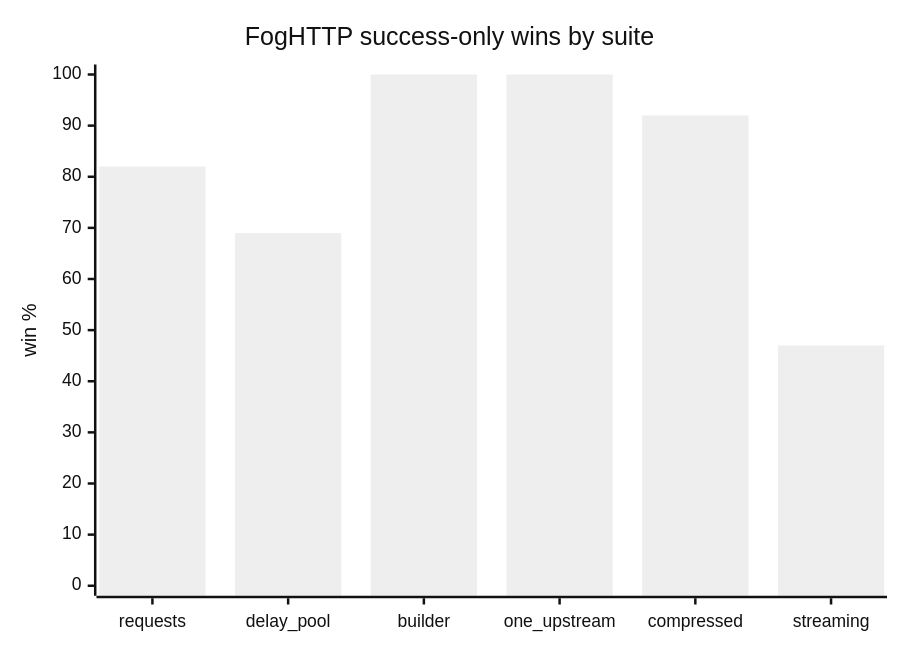
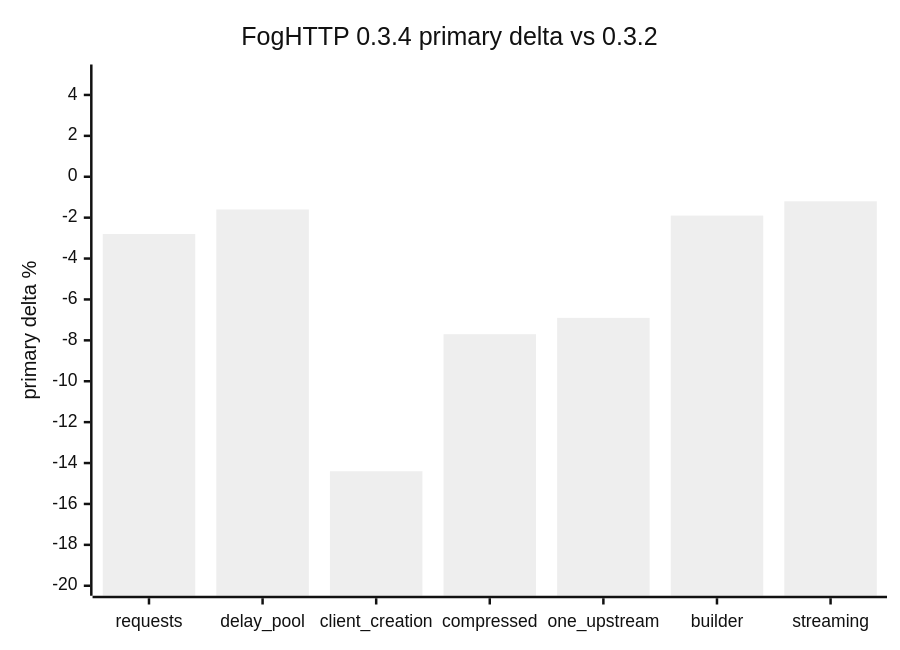
One commit to AmberFog/foghttp changed the first of 2 diagrams in docs/benchmarks.md. Above: the diagram before and after it, drawn with Mermaid (neutral theme). The commit also changed other lines of this file, not shown here.

````diff
--- a/docs/benchmarks.md
+++ b/docs/benchmarks.md
@@ -73,7 +84,7 @@
 ```mermaid
 xychart-beta
-    title "FogHTTP success-only wins by suite"
-    x-axis [requests, delay_pool, builder, one_upstream, compressed, streaming]
-    y-axis "win %" 0 --> 100
-    bar [82, 69, 100, 100, 92, 47]
+    title "FogHTTP 0.3.4 primary delta vs 0.3.2"
+    x-axis [requests, delay_pool, client_creation, compressed, one_upstream, builder, streaming]
+    y-axis "primary delta %" -20 --> 5
+    bar [-2.8, -1.6, -14.4, -7.7, -6.9, -1.9, -1.2]
 ```
````
